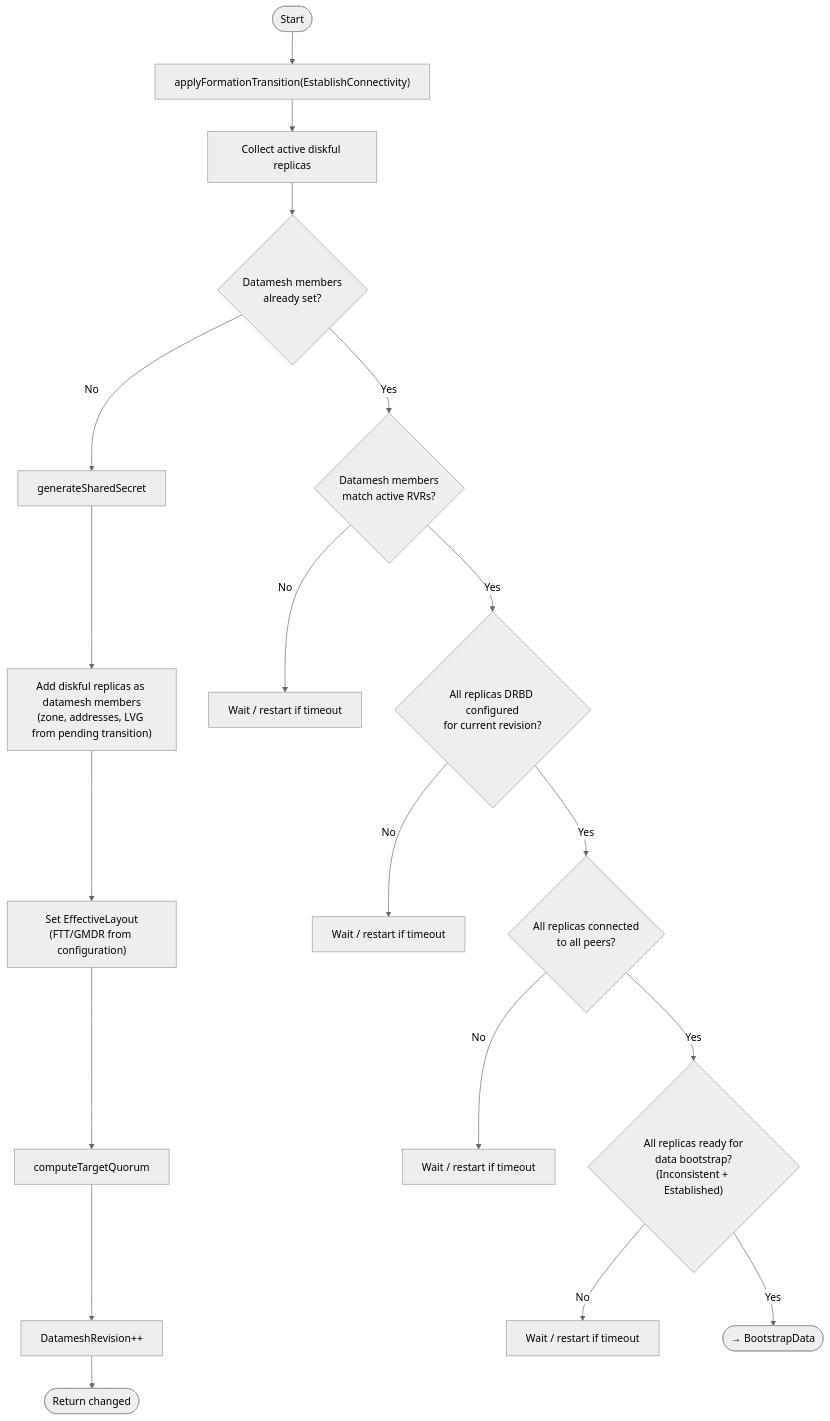
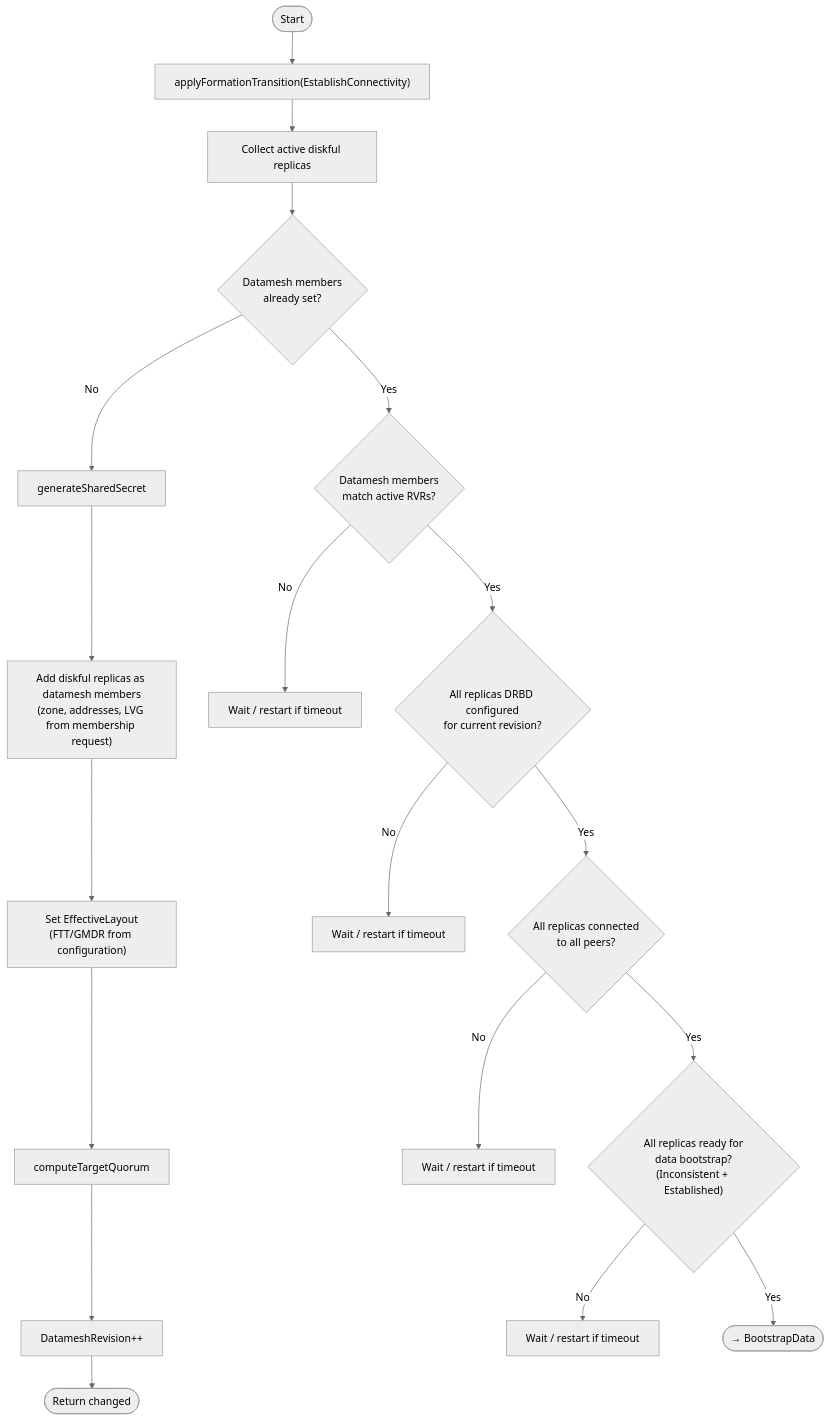
One commit to deckhouse/sds-replicated-volume changed the sixth of 13 diagrams in images/controller/internal/controllers/rv_controller/README.md. Above: the diagram before and after it, drawn with Mermaid (neutral theme). The commit also changed other lines of this file and 23 other files, not shown here.

First line of the commit message:
[api] Rename datamesh membership request types and introduce Operation enum

````diff
--- a/images/controller/internal/controllers/rv_controller/README.md
+++ b/images/controller/internal/controllers/rv_controller/README.md
@@ -564,27 +564,27 @@
 ```mermaid
 flowchart TD
     Start([Start]) --> ApplyTransition["applyFormationTransition(EstablishConnectivity)"]
     ApplyTransition --> CollectDiskful[Collect active diskful replicas]
 
     CollectDiskful --> CheckMembers{Datamesh members<br/>already set?}
     CheckMembers -->|No| GenSecret[generateSharedSecret]
-    GenSecret --> AddMembers["Add diskful replicas as datamesh members<br/>(zone, addresses, LVG from pending transition)"]
+    GenSecret --> AddMembers["Add diskful replicas as datamesh members<br/>(zone, addresses, LVG from membership request)"]
     AddMembers --> SetEL["Set EffectiveLayout<br/>(FTT/GMDR from configuration)"]
     SetEL --> SetQuorum[computeTargetQuorum]
     SetQuorum --> IncrRevision["DatameshRevision++"]
     IncrRevision --> ReturnChanged([Return changed])
 
     CheckMembers -->|Yes| VerifyMembers{"Datamesh members<br/>match active RVRs?"}
     VerifyMembers -->|No| WaitRestart1[Wait / restart if timeout]
 
     VerifyMembers -->|Yes| CheckConfigured{"All replicas DRBD configured<br/>for current revision?"}
     CheckConfigured -->|No| WaitRestart2[Wait / restart if timeout]
 
     CheckConfigured -->|Yes| CheckConnected{"All replicas connected<br/>to all peers?"}
     CheckConnected -->|No| WaitRestart3[Wait / restart if timeout]
 
     CheckConnected -->|Yes| CheckBootstrapReady{"All replicas ready for<br/>data bootstrap?<br/>(Inconsistent + Established)"}
     CheckBootstrapReady -->|No| WaitRestart4[Wait / restart if timeout]
 
     CheckBootstrapReady -->|Yes| NextPhase([→ BootstrapData])
 ```
````
